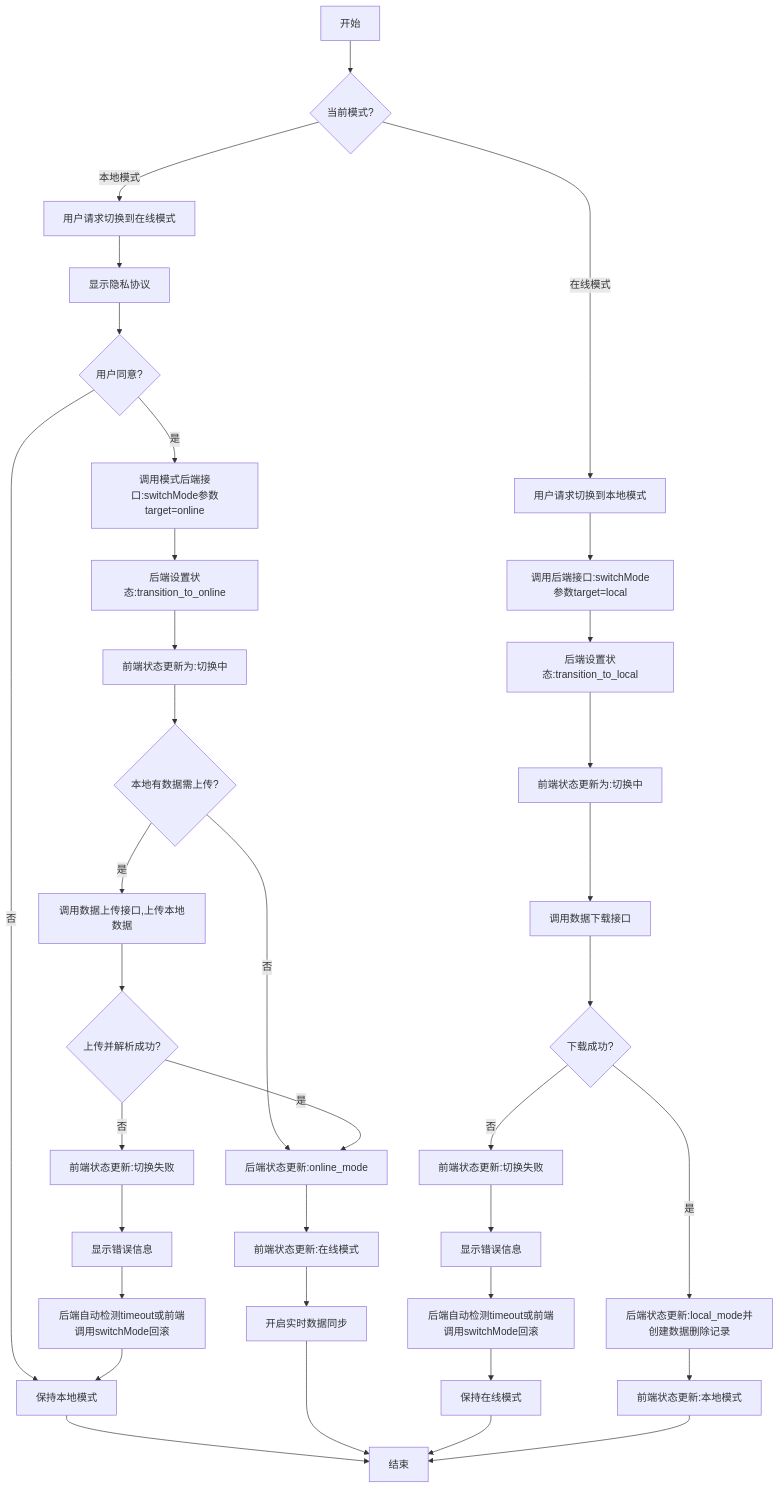
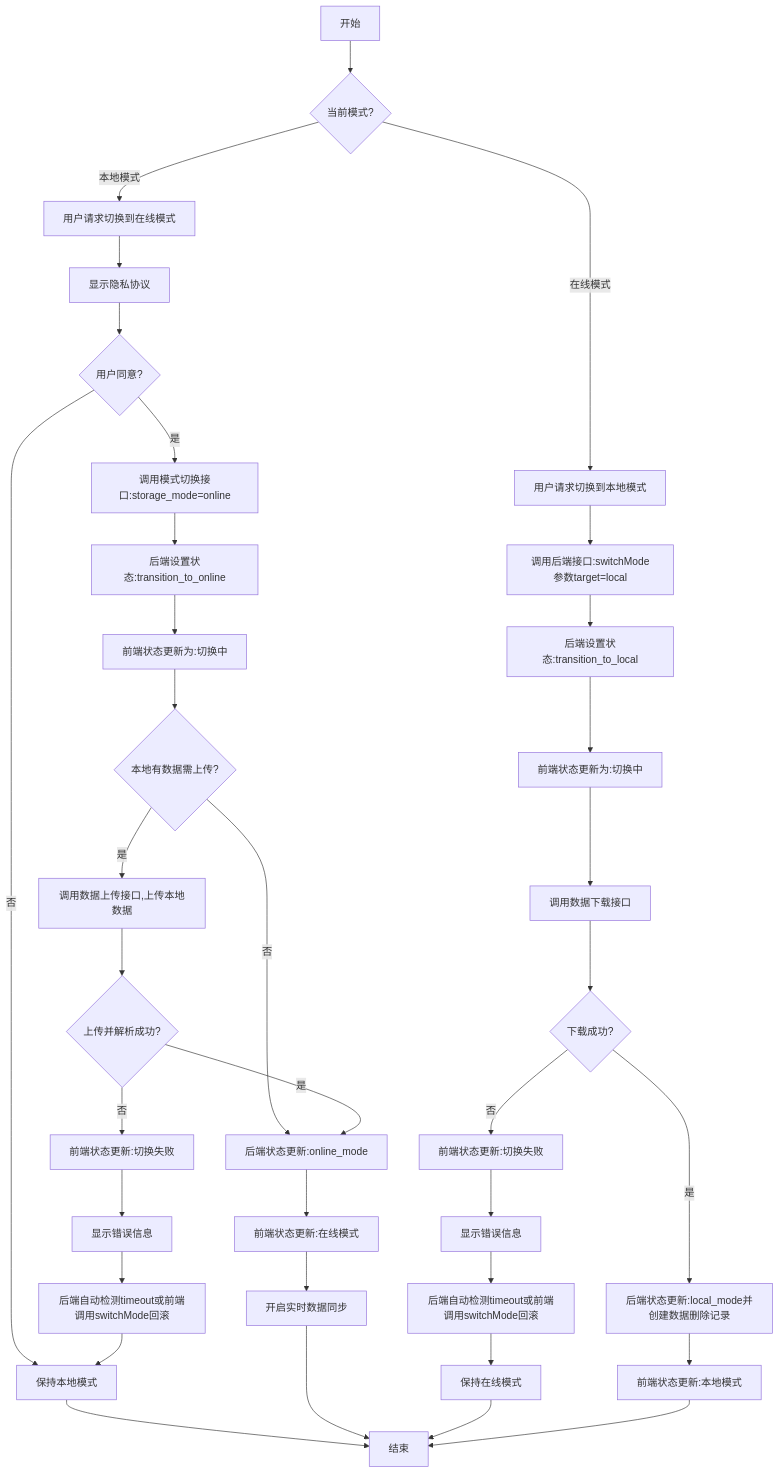
One commit to yingjianzh/iodraw-files changed the diagram in all/未命名-58.md. Above: the diagram before and after it, drawn with Mermaid.

Commit message:
2025-05-14 10:31:45 update

````diff
--- a/all/未命名-58.md
+++ b/all/未命名-58.md
@@ -1,48 +1,48 @@
 ```mermaid
 flowchart TD
     A[开始] --> B{当前模式?}
     
     %% 本地模式转在线模式
     B -->|本地模式| C[用户请求切换到在线模式]
     C --> D[显示隐私协议]
     D --> E{用户同意?}
     E -->|否| F[保持本地模式]
     F --> Z[结束]
     
-    E -->|是| G[调用模式后端接口:switchMode参数target=online]
+    E -->|是| G[调用模式切换接口:storage_mode=online]
     G --> H[后端设置状态:transition_to_online]
     H --> I[前端状态更新为:切换中]
     
     I --> J{本地有数据需上传?}
     J -->|否| T
     
     J -->|是| L[调用数据上传接口,上传本地数据]
     L --> M{上传并解析成功?}
     M -->|否| O[前端状态更新:切换失败]
     O --> P[显示错误信息]
     P --> Q[后端自动检测timeout或前端调用switchMode回滚]
     Q --> F
     
     M -->|是| T[后端状态更新:online_mode]
     T --> U[前端状态更新:在线模式]
     U --> V[开启实时数据同步]
     V --> Z
     
     %% 在线模式转本地模式
     B -->|在线模式| W[用户请求切换到本地模式]
     W --> X[调用后端接口:switchMode参数target=local]
     X --> Y[后端设置状态:transition_to_local]
     Y --> AA[前端状态更新为:切换中]
     
     AA --> AB[调用数据下载接口]
     AB --> AC{下载成功?}
     AC -->|否| AE[前端状态更新:切换失败]
     AE --> AF[显示错误信息]
     AF --> AG[后端自动检测timeout或前端调用switchMode回滚]
     AG --> AH[保持在线模式]
     AH --> Z
     
     AC -->|是| AI[后端状态更新:local_mode并创建数据删除记录]
     AI --> AJ[前端状态更新:本地模式]
     AJ --> Z
 ```
````
